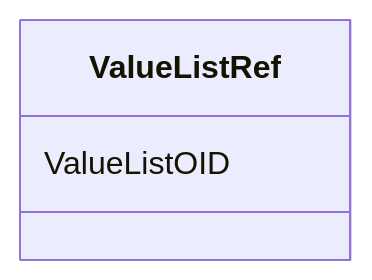
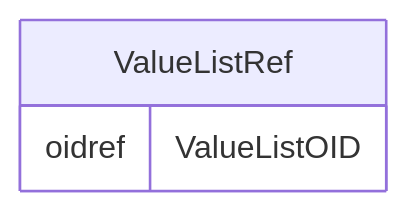
One commit to cdisc-org/DataExchange-ODM-LinkML changed the diagram in docs/ValueListRef.md. Above: the diagram before and after it, drawn with Mermaid. The commit also changed other lines of this file and 181 other files, not shown here.

Commit message:
ER diagrams working via templates and removing names with underscores

````diff
--- a/docs/ValueListRef.md
+++ b/docs/ValueListRef.md
@@ -14,7 +11,9 @@
 ```mermaid
- classDiagram
-    class ValueListRef
-      ValueListRef : ValueListOID
-        
-      
+erDiagram
+ValueListRef {
+    oidref ValueListOID  
+}
+
+
+
 ```
````
